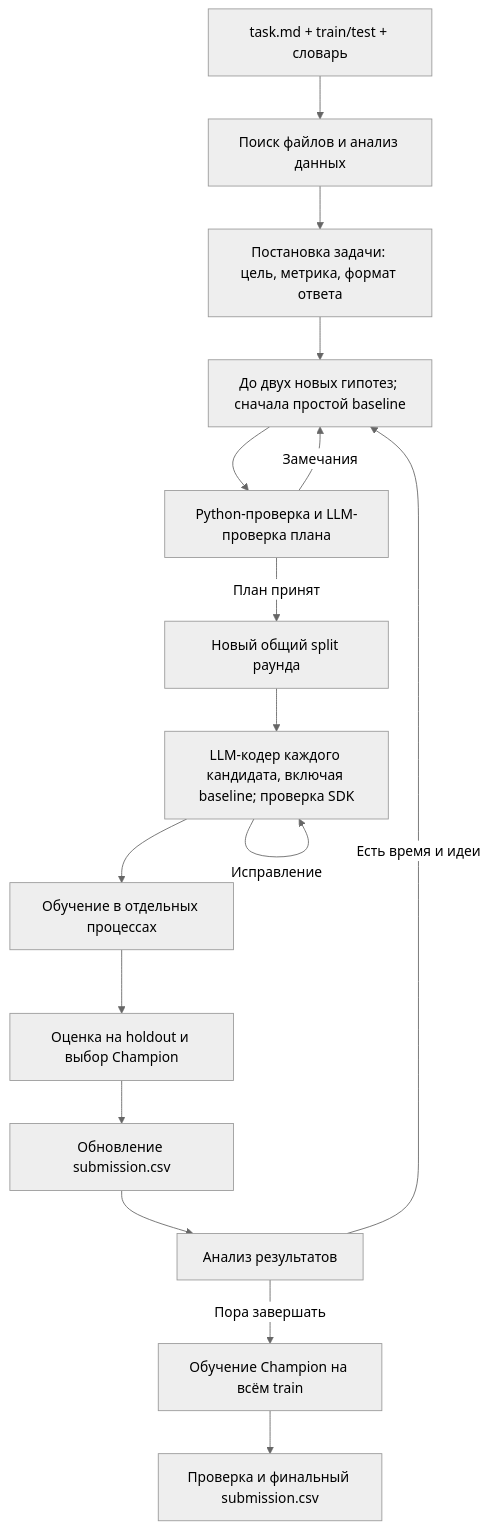
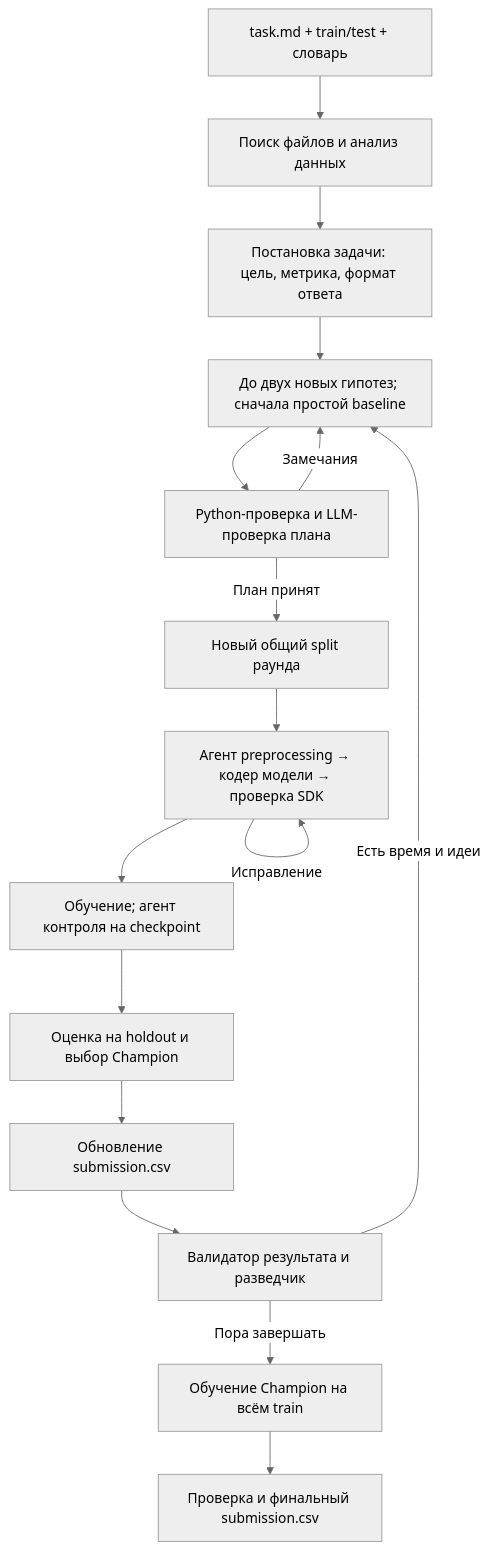
The diagram in docs/LIFECYCLE.md (epitaph76/MLmom), drawn with Mermaid (neutral theme) before and after one commit. The commit also changed other lines of this file and 140 other files, not shown here.

````diff
--- a/docs/LIFECYCLE.md
+++ b/docs/LIFECYCLE.md
@@ -5,18 +7,18 @@
 ```mermaid
 flowchart TD
     A["task.md + train/test + словарь"] --> B["Поиск файлов и анализ данных"]
     B --> C["Постановка задачи: цель, метрика, формат ответа"]
     C --> D["До двух новых гипотез; сначала простой baseline"]
     D --> E["Python-проверка и LLM-проверка плана"]
     E -->|"Замечания"| D
     E -->|"План принят"| F["Новый общий split раунда"]
-    F --> G["LLM-кодер каждого кандидата, включая baseline; проверка SDK"]
+    F --> G["Агент preprocessing → кодер модели → проверка SDK"]
     G -->|"Исправление"| G
-    G --> H["Обучение в отдельных процессах"]
+    G --> H["Обучение; агент контроля на checkpoint"]
     H --> I["Оценка на holdout и выбор Champion"]
     I --> J["Обновление submission.csv"]
-    J --> K["Анализ результатов"]
+    J --> K["Валидатор результата и разведчик"]
     K -->|"Есть время и идеи"| D
     K -->|"Пора завершать"| L["Обучение Champion на всём train"]
     L --> M["Проверка и финальный submission.csv"]
 ```
````
